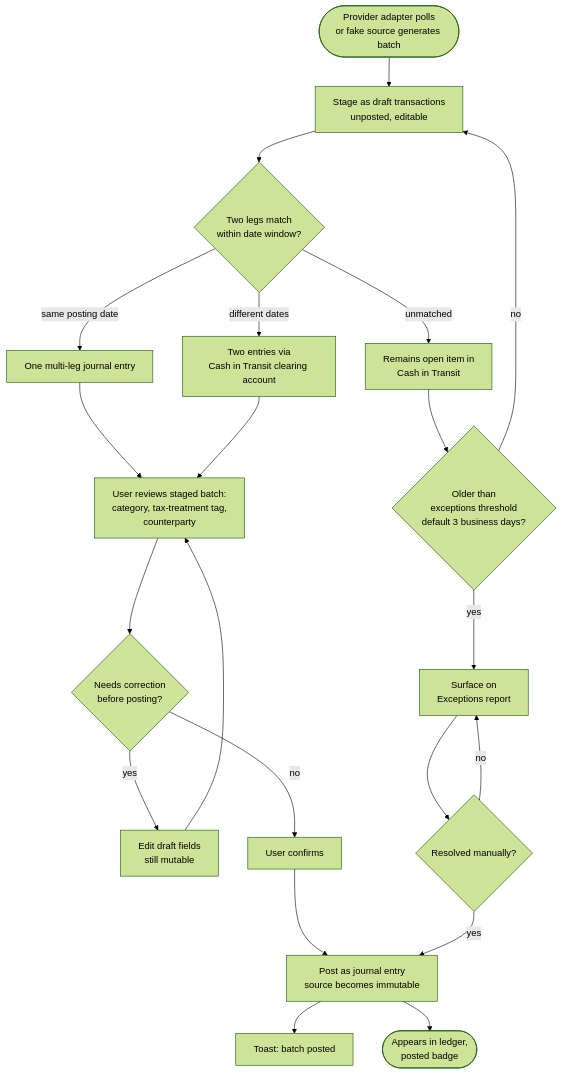
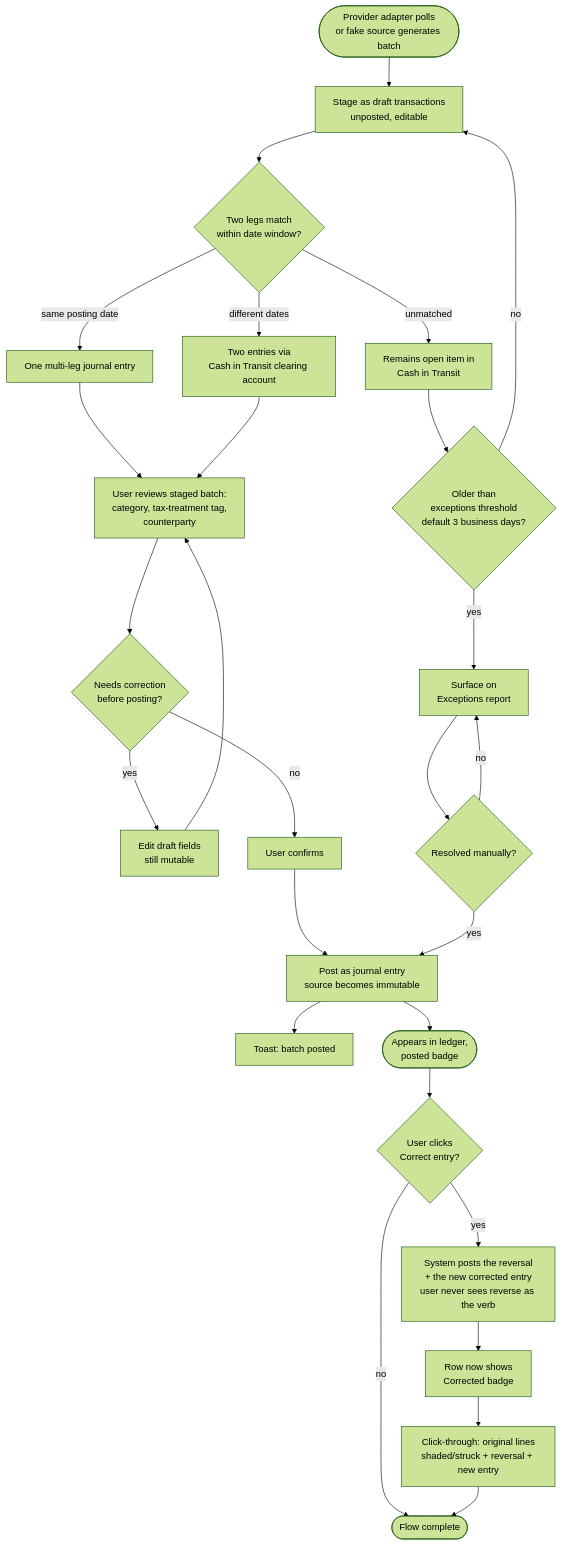
One commit to richmosko/polycarpic changed the diagram in docs/DESIGN/flows/import-confirm-flow.md. Above: the diagram before and after it, drawn with Mermaid (forest theme). The commit also changed other lines of this file and 12 other files, not shown here.

First line of the commit message:
docs(DESIGN): Principal review pass 4 -- true-orange warning, brighter chart ramp, tokens.html, correct-entry reframe, tax flow redraw

````diff
--- a/docs/DESIGN/flows/import-confirm-flow.md
+++ b/docs/DESIGN/flows/import-confirm-flow.md
@@ -5,23 +5,29 @@
 ```mermaid
 flowchart TD
   poll([Provider adapter polls\nor fake source generates batch]) --> stage[Stage as draft transactions\nunposted, editable]
   stage --> transfer{Two legs match\nwithin date window?}
   transfer -- same posting date --> oneEntry[One multi-leg journal entry]
   transfer -- different dates --> citEntry[Two entries via\nCash in Transit clearing account]
   transfer -- unmatched --> openItem[Remains open item in\nCash in Transit]
   openItem --> aging{Older than\nexceptions threshold\ndefault 3 business days?}
   aging -- yes --> exceptions[Surface on\nExceptions report]
   aging -- no --> stage
   oneEntry --> review[User reviews staged batch:\ncategory, tax-treatment tag,\ncounterparty]
   citEntry --> review
   review --> edit{Needs correction\nbefore posting?}
   edit -- yes --> editDraft[Edit draft fields\nstill mutable]
   editDraft --> review
   edit -- no --> confirm[User confirms]
   confirm --> post[Post as journal entry\nsource becomes immutable]
   post --> toast[Toast: batch posted]
   post --> ledger([Appears in ledger,\nposted badge])
   exceptions --> resolve{Resolved manually?}
   resolve -- yes --> post
   resolve -- no --> exceptions
+  ledger --> correctQ{User clicks\nCorrect entry?}
+  correctQ -- yes --> doCorrect[System posts the reversal\n+ the new corrected entry\nuser never sees reverse as the verb]
+  doCorrect --> correctedBadge[Row now shows\nCorrected badge]
+  correctedBadge --> clickThrough[Click-through: original lines\nshaded/struck + reversal + new entry]
+  correctQ -- no --> complete([Flow complete])
+  clickThrough --> complete
 ```
````
